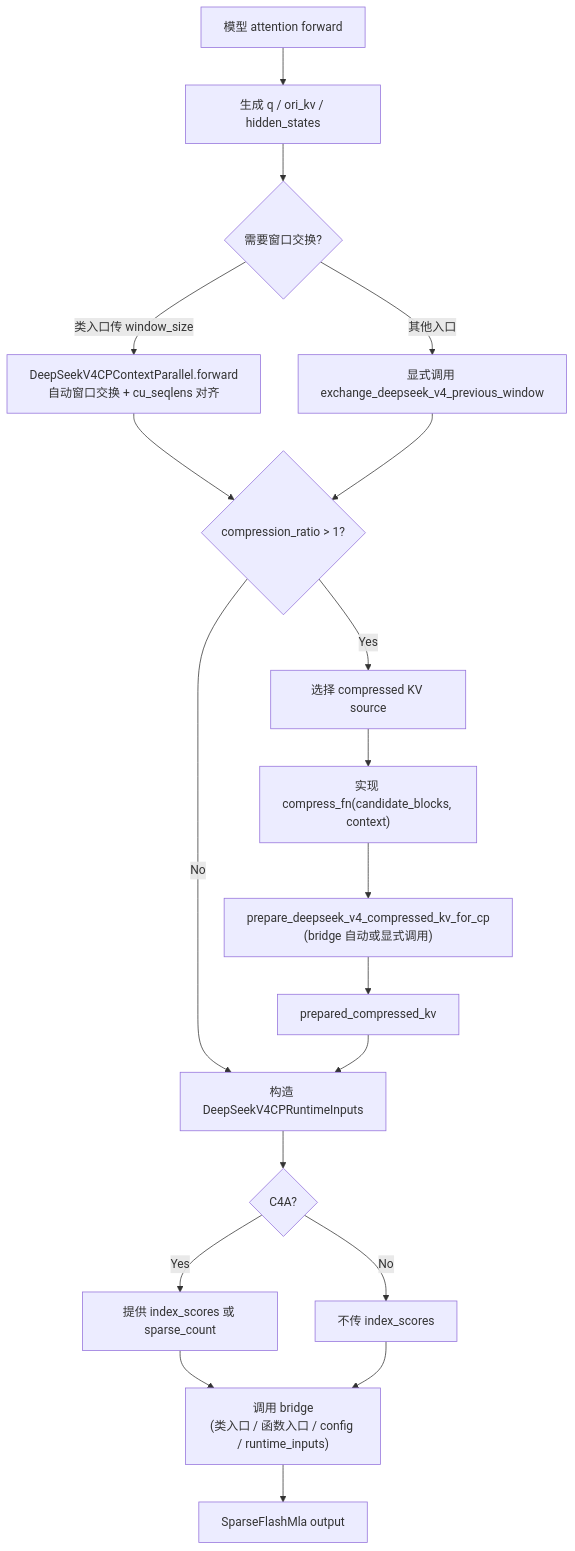
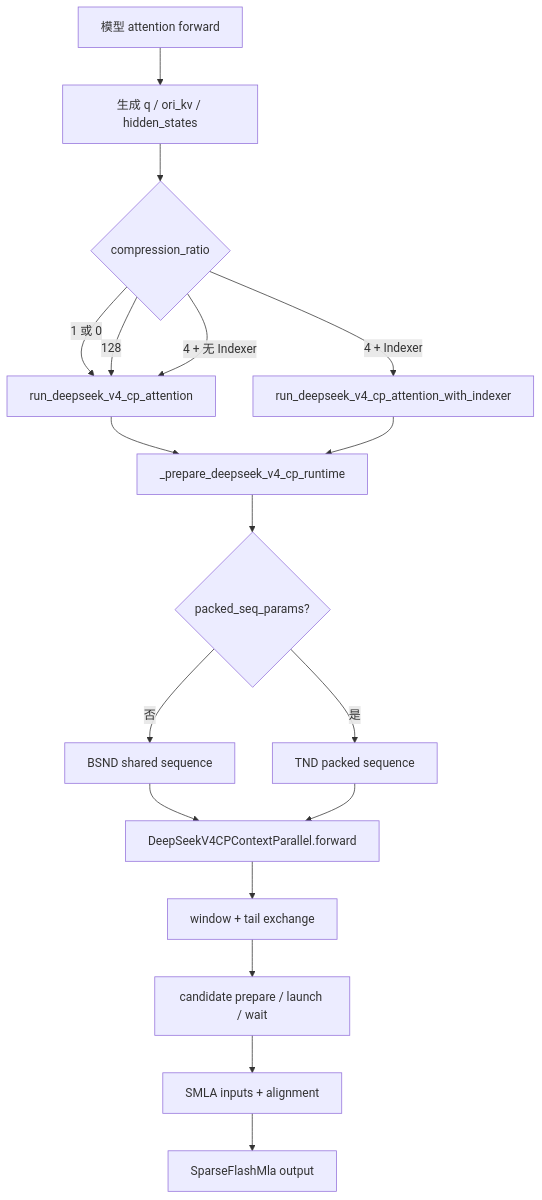
One commit to ChemLez/Megatron-Note changed diagram 11 of 13 in features/context_parallel/chapter-03-mindspeed-deepseek-v4-context-parallel.md. Above: the diagram before and after it, drawn with Mermaid. The commit also changed other lines of this file and 1 other file, not shown here.

Commit message:
docs: refresh DeepSeek V4 CP archive note

````diff
--- a/features/context_parallel/chapter-03-mindspeed-deepseek-v4-context-parallel.md
+++ b/features/context_parallel/chapter-03-mindspeed-deepseek-v4-context-parallel.md
@@ -1734,22 +1504,20 @@
 ```mermaid
 flowchart TD
     A["模型 attention forward"] --> B["生成 q / ori_kv / hidden_states"]
-    B --> W{"需要窗口交换?"}
-    W -- "类入口传 window_size" --> W1["DeepSeekV4CPContextParallel.forward<br/>自动窗口交换 + cu_seqlens 对齐"]
-    W -- "其他入口" --> W2["显式调用 exchange_deepseek_v4_previous_window"]
-    W1 --> C
-    W2 --> C
-    C{"compression_ratio > 1?"}
-    C -- "No" --> H["构造 DeepSeekV4CPRuntimeInputs"]
-    C -- "Yes" --> D["选择 compressed KV source"]
-    D --> E["实现 compress_fn(candidate_blocks, context)"]
-    E --> F["prepare_deepseek_v4_compressed_kv_for_cp<br/>(bridge 自动或显式调用)"]
-    F --> G["prepared_compressed_kv"]
-    G --> H
-    H --> I{"C4A?"}
-    I -- "Yes" --> J["提供 index_scores 或 sparse_count"]
-    I -- "No" --> K["不传 index_scores"]
-    J --> L["调用 bridge<br/>(类入口 / 函数入口 / config / runtime_inputs)"]
-    K --> L
-    L --> M["SparseFlashMla output"]
+    B --> C{"compression_ratio"}
+    C -- "1 或 0" --> D["run_deepseek_v4_cp_attention"]
+    C -- "128" --> D
+    C -- "4 + 无 Indexer" --> D
+    C -- "4 + Indexer" --> E["run_deepseek_v4_cp_attention_with_indexer"]
+    D --> F["_prepare_deepseek_v4_cp_runtime"]
+    E --> F
+    F --> G{"packed_seq_params?"}
+    G -- "否" --> H["BSND shared sequence"]
+    G -- "是" --> I["TND packed sequence"]
+    H --> J["DeepSeekV4CPContextParallel.forward"]
+    I --> J
+    J --> K["window + tail exchange"]
+    K --> L["candidate prepare / launch / wait"]
+    L --> M["SMLA inputs + alignment"]
+    M --> N["SparseFlashMla output"]
 ```
````
